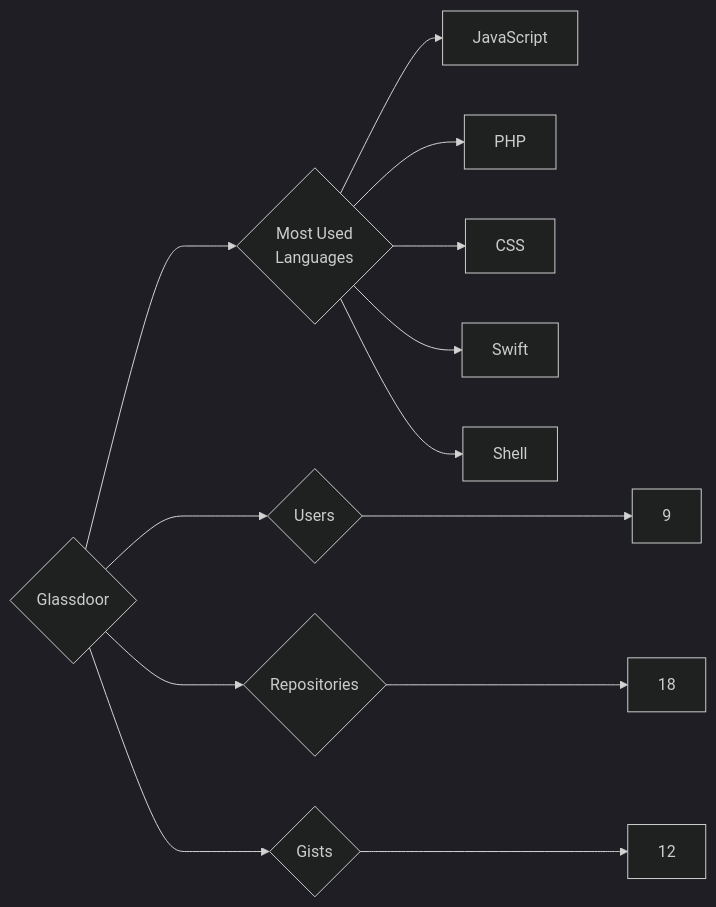
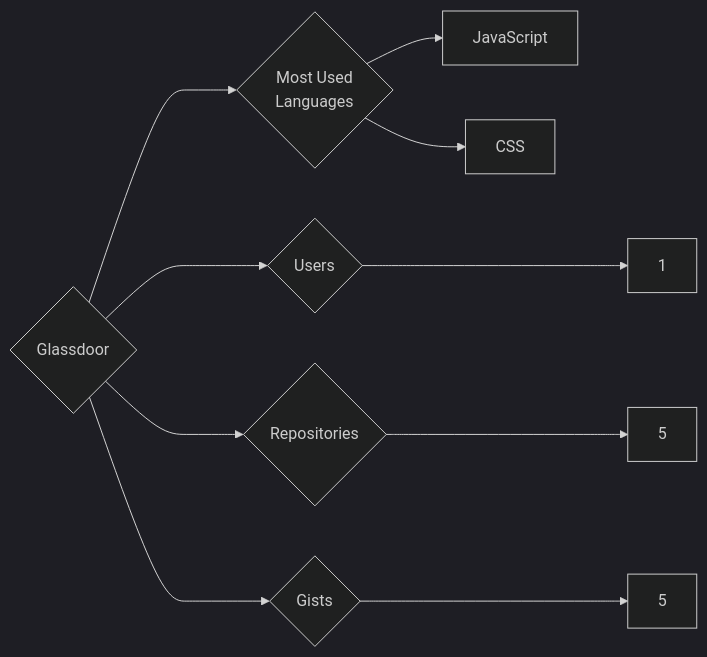
One commit to trickest/insiders changed the diagram in targets/Glassdoor/README.md. Above: the diagram before and after it, drawn with Mermaid (dark theme). The commit also changed 837 other files, not shown here.

````diff
--- a/targets/Glassdoor/README.md
+++ b/targets/Glassdoor/README.md
@@ -3,13 +3,10 @@
 ```mermaid
 graph LR
 COMPANY_NAME{Glassdoor}
-COMPANY_NAME ---> U{Users} ---> UN[9]
-COMPANY_NAME ---> R{Repositories} ---> RN[18]
-COMPANY_NAME ---> G{Gists} ---> GN[12]
+COMPANY_NAME ---> U{Users} ---> UN[1]
+COMPANY_NAME ---> R{Repositories} ---> RN[5]
+COMPANY_NAME ---> G{Gists} ---> GN[5]
 COMPANY_NAME ---> ML{Most Used<br>Languages}
 ML --> JavaScript[JavaScript]
-ML --> PHP[PHP]
 ML --> CSS[CSS]
-ML --> Swift[Swift]
-ML --> Shell[Shell]
 ```
````
